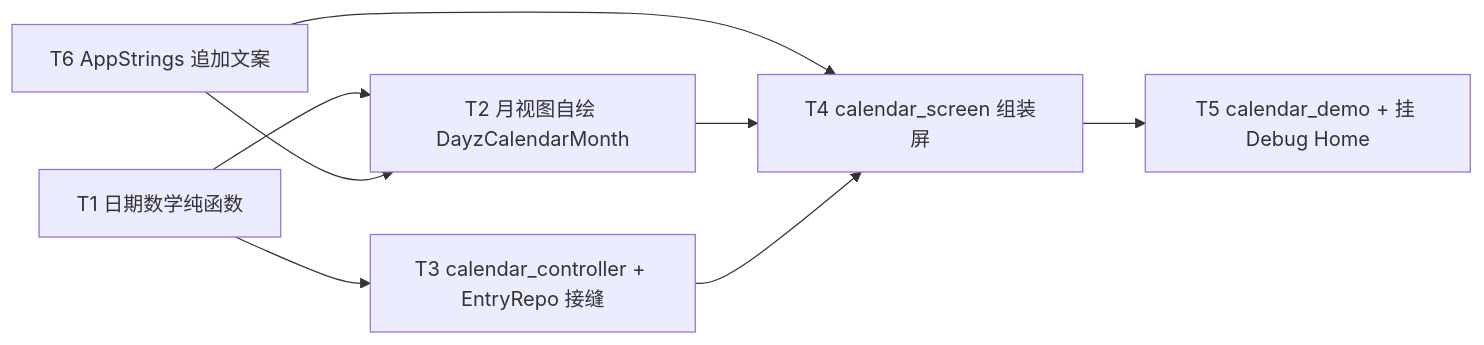
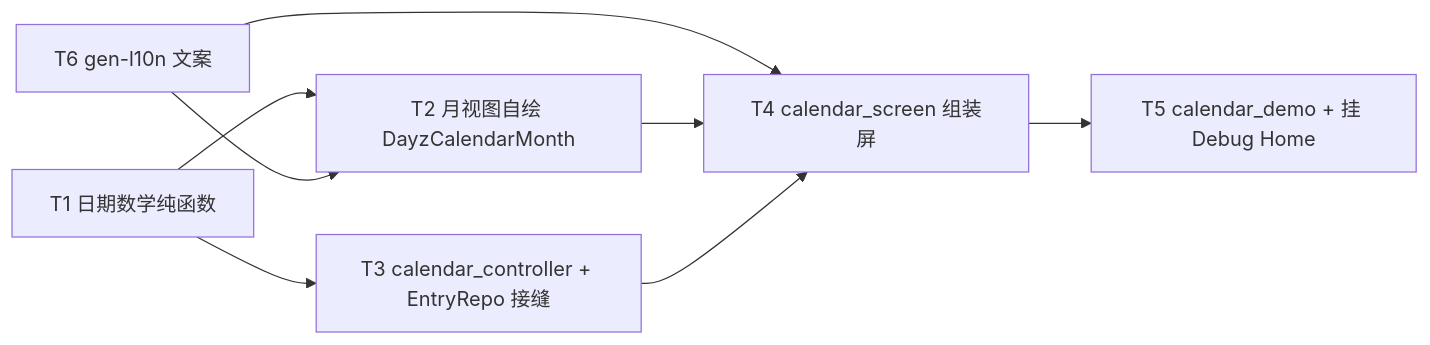
The diagram in specs/active/calendar-screen/tasks.md (cr1992/DayZ), drawn with Mermaid before and after one commit. The commit also changed other lines of this file and 104 other files, not shown here.

````diff
--- a/specs/active/calendar-screen/tasks.md
+++ b/specs/active/calendar-screen/tasks.md
@@ -13,10 +13,10 @@
 ```mermaid
 graph LR
   T1[T1 日期数学纯函数] --> T2[T2 月视图自绘 DayzCalendarMonth]
   T1 --> T3[T3 calendar_controller + EntryRepo 接缝]
-  T6[T6 AppStrings 追加文案] --> T2
+  T6[T6 gen-l10n 文案] --> T2
   T6 --> T4
   T2 --> T4[T4 calendar_screen 组装屏]
   T3 --> T4
   T4 --> T5[T5 calendar_demo + 挂 Debug Home]
 ```
````
